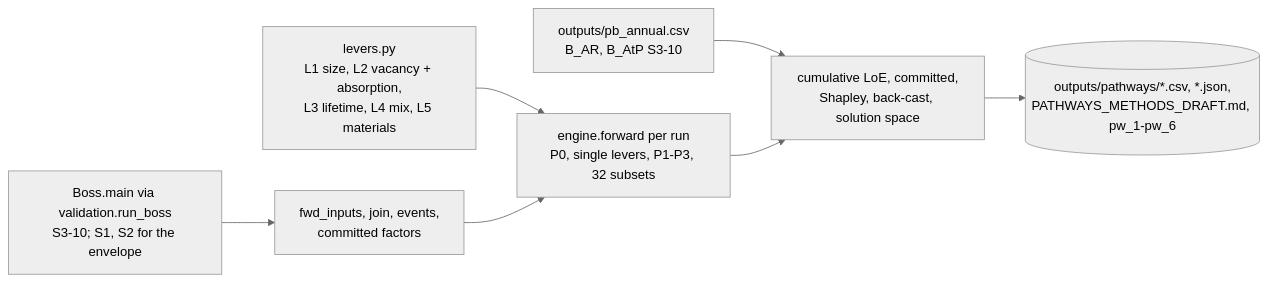
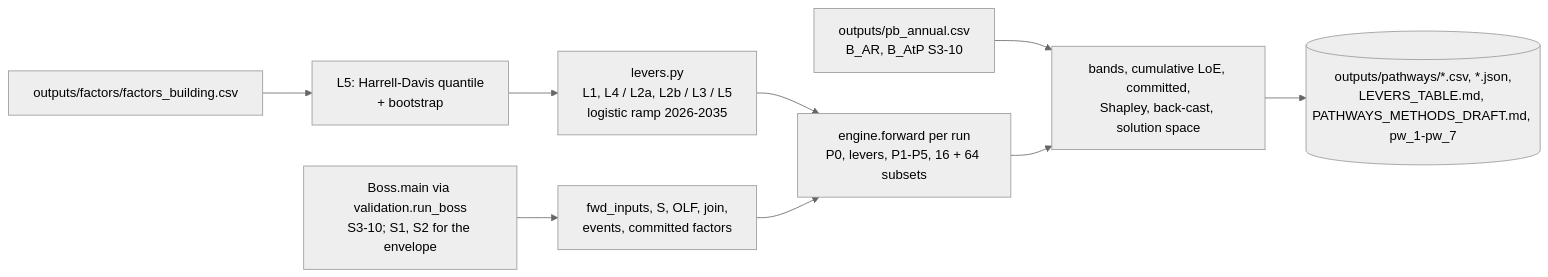
The third of 3 diagrams in ARCHITECTURE.md (GerasimosChristoforatos/Pathway-Paper), drawn with Mermaid (neutral theme) before and after one commit. The commit also changed other lines of this file and 4 other files, not shown here.

````diff
--- a/ARCHITECTURE.md
+++ b/ARCHITECTURE.md
@@ -373,9 +376,11 @@
 ```mermaid
 flowchart LR
-    BOSS[Boss.main via validation.run_boss<br/>S3-10; S1, S2 for the envelope] --> CTX[fwd_inputs, join, events,<br/>committed factors]
-    LEV[levers.py<br/>L1 size, L2 vacancy + absorption,<br/>L3 lifetime, L4 mix, L5 materials] --> RUN
-    CTX --> RUN[engine.forward per run<br/>P0, single levers, P1-P3, 32 subsets]
+    BOSS[Boss.main via validation.run_boss<br/>S3-10; S1, S2 for the envelope] --> CTX[fwd_inputs, S, OLF, join,<br/>events, committed factors]
+    FB[outputs/factors/factors_building.csv] --> L5[L5: Harrell-Davis quantile<br/>+ bootstrap]
+    LEV[levers.py<br/>L1, L4 / L2a, L2b / L3 / L5<br/>logistic ramp 2026-2035] --> RUN
+    L5 --> LEV
+    CTX --> RUN[engine.forward per run<br/>P0, levers, P1-P5, 16 + 64 subsets]
     PBA[outputs/pb_annual.csv<br/>B_AR, B_AtP S3-10] --> GAP
-    RUN --> GAP[cumulative LoE, committed,<br/>Shapley, back-cast, solution space]
-    GAP --> OUTP[(outputs/pathways/*.csv, *.json,<br/>PATHWAYS_METHODS_DRAFT.md, pw_1-pw_6)]
+    RUN --> GAP[bands, cumulative LoE, committed,<br/>Shapley, back-cast, solution space]
+    GAP --> OUTP[(outputs/pathways/*.csv, *.json,<br/>LEVERS_TABLE.md, PATHWAYS_METHODS_DRAFT.md, pw_1-pw_7)]
 ```
````
